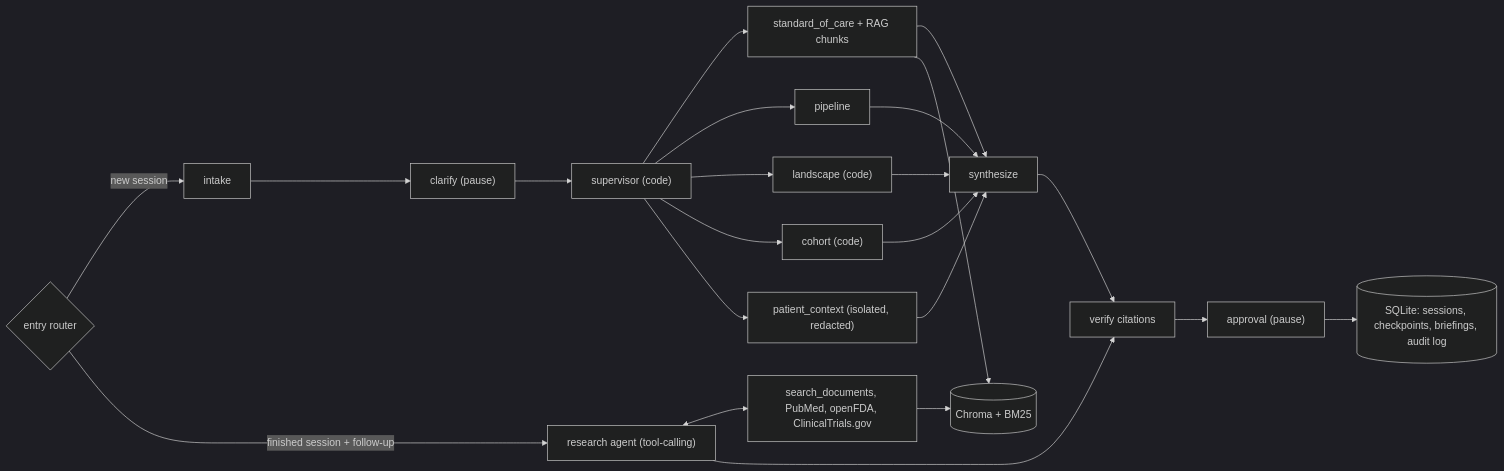
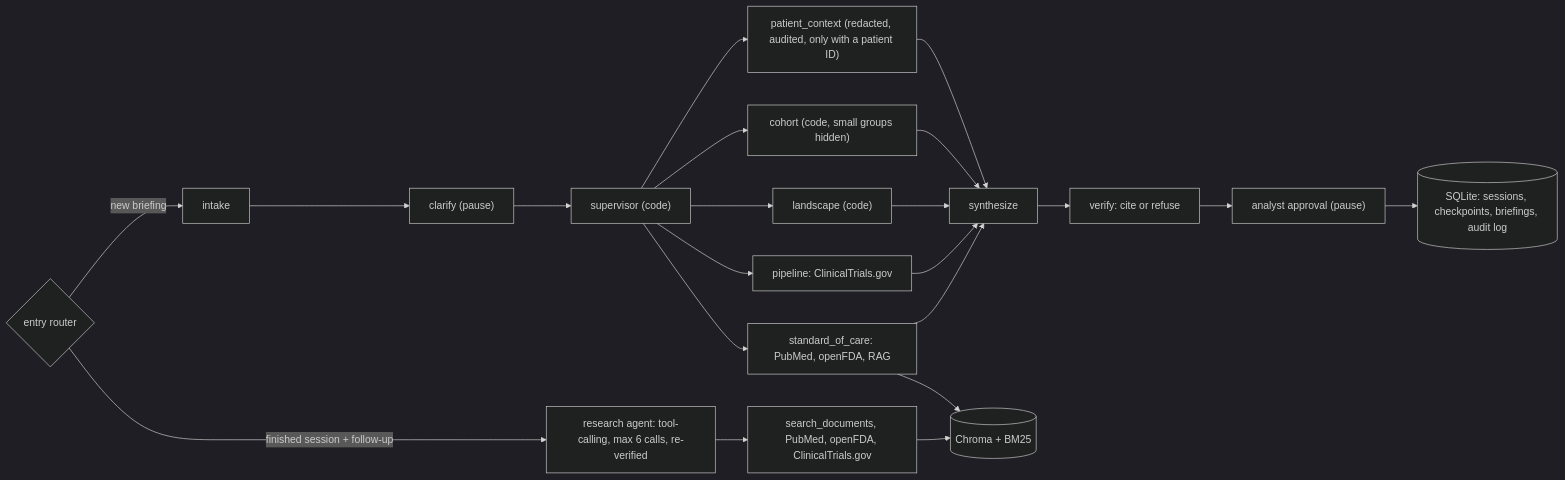
One commit to shanto12/condition-briefing-agent changed the diagram in README.md. Above: the diagram before and after it, drawn with Mermaid (dark theme). The commit also changed other lines of this file and 47 other files, not shown here.

Commit message:
Sync full working state: RAG corpus, agentic follow-ups, evals, tests, monitoring docs

````diff
--- a/README.md
+++ b/README.md
@@ -27,24 +66,23 @@
 ```mermaid
 flowchart LR
-    entry{"entry router"} -->|new session| intake[intake]
-    entry -->|finished session + follow-up| followup["research agent (tool-calling)"]
+    entry{"entry router"} -->|new briefing| intake[intake]
+    entry -->|finished session + follow-up| followup["research agent: tool-calling, max 6 calls, re-verified"]
     intake --> clarify["clarify (pause)"]
     clarify --> supervisor["supervisor (code)"]
-    supervisor --> soc["standard_of_care + RAG chunks"]
-    supervisor --> pipe[pipeline]
+    supervisor --> soc["standard_of_care: PubMed, openFDA, RAG"]
+    supervisor --> pipe["pipeline: ClinicalTrials.gov"]
     supervisor --> land["landscape (code)"]
-    supervisor --> cohort["cohort (code)"]
-    supervisor --> patient["patient_context (isolated, redacted)"]
+    supervisor --> cohort["cohort (code, small groups hidden)"]
+    supervisor --> patient["patient_context (redacted, audited, only with a patient ID)"]
     soc --> synth[synthesize]
     pipe --> synth
     land --> synth
     cohort --> synth
     patient --> synth
-    synth --> verify["verify citations"]
-    verify --> approve["approval (pause)"]
-    followup <--> ftools["search_documents, PubMed, openFDA, ClinicalTrials.gov"]
+    synth --> verify["verify: cite or refuse"]
+    verify --> approve["analyst approval (pause)"]
+    followup --> ftools["search_documents, PubMed, openFDA, ClinicalTrials.gov"]
     ftools --> chroma[(Chroma + BM25)]
     soc --> chroma
-    followup --> verify
     approve --> sqlite[(SQLite: sessions, checkpoints, briefings, audit log)]
 ```
````
